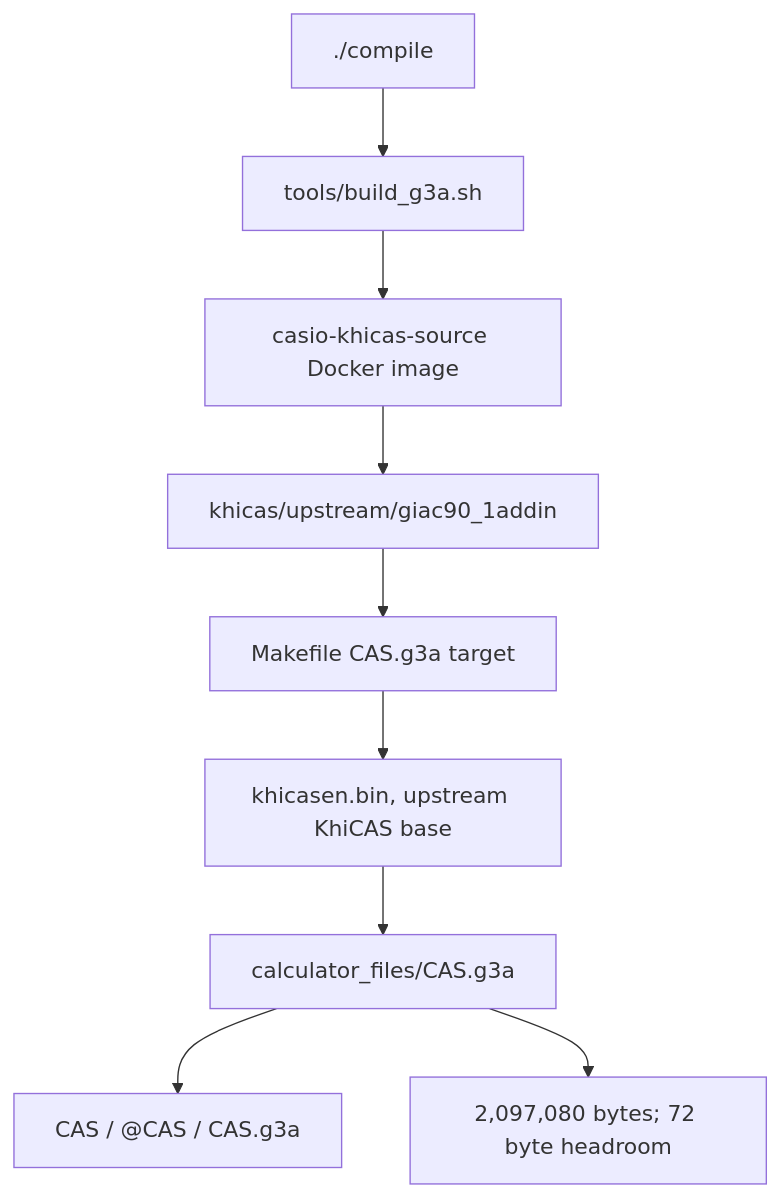
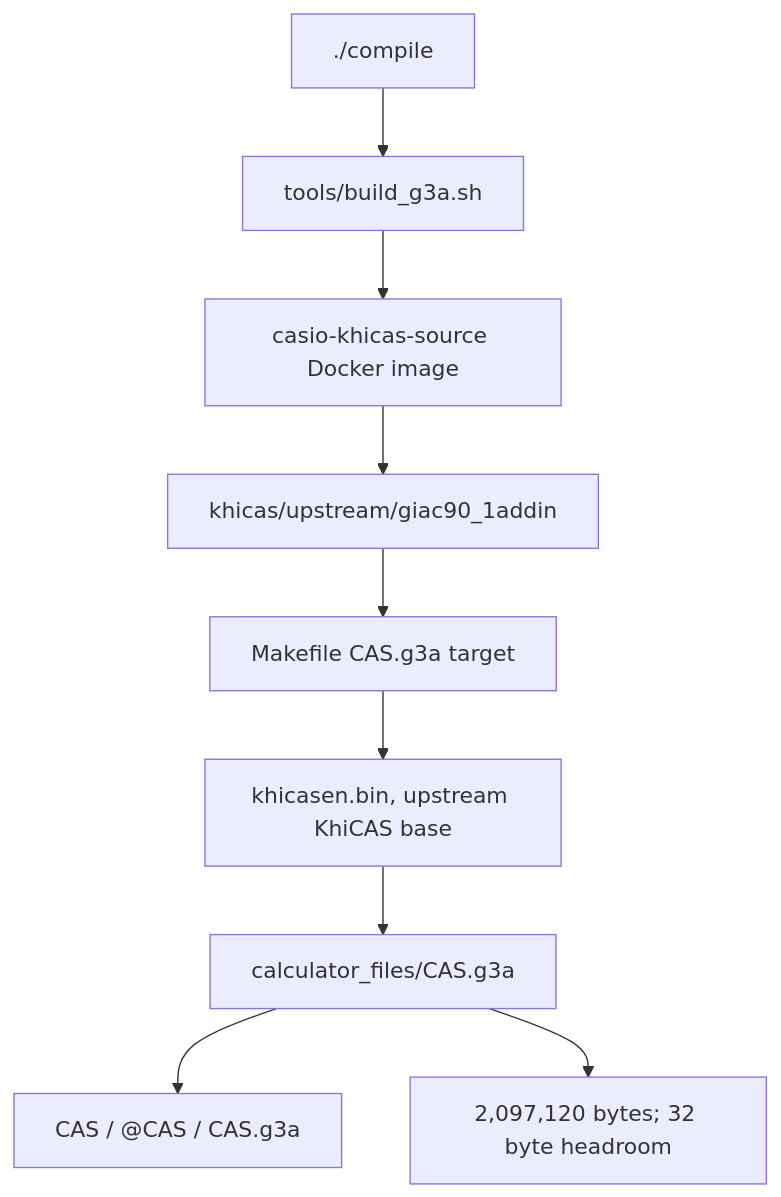
One commit to james8464/notes-addin-casio-fx-cg50 changed the first of 6 diagrams in docs/GRAPH.md. Above: the diagram before and after it, drawn with Mermaid. The commit also changed other lines of this file and 4 other files, not shown here.

````diff
--- a/docs/GRAPH.md
+++ b/docs/GRAPH.md
@@ -7,11 +7,11 @@
 ```mermaid
 graph TD
   Compile["./compile"] --> Build["tools/build_g3a.sh"]
   Build --> Docker["casio-khicas-source Docker image"]
   Docker --> Src["khicas/upstream/giac90_1addin"]
   Src --> Make["Makefile CAS.g3a target"]
   Make --> Bin["khicasen.bin, upstream KhiCAS base"]
   Bin --> G3A["calculator_files/CAS.g3a"]
   G3A --> Meta["CAS / @CAS / CAS.g3a"]
-  G3A --> Size["2,097,080 bytes; 72 byte headroom"]
+  G3A --> Size["2,097,120 bytes; 32 byte headroom"]
 ```
````
